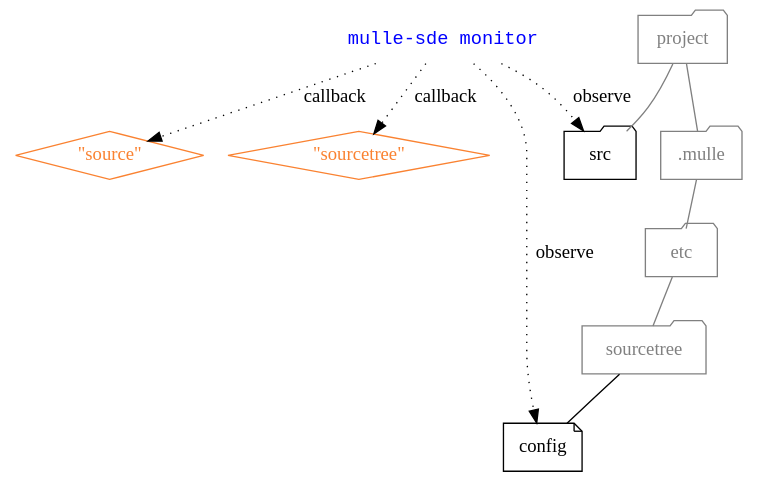
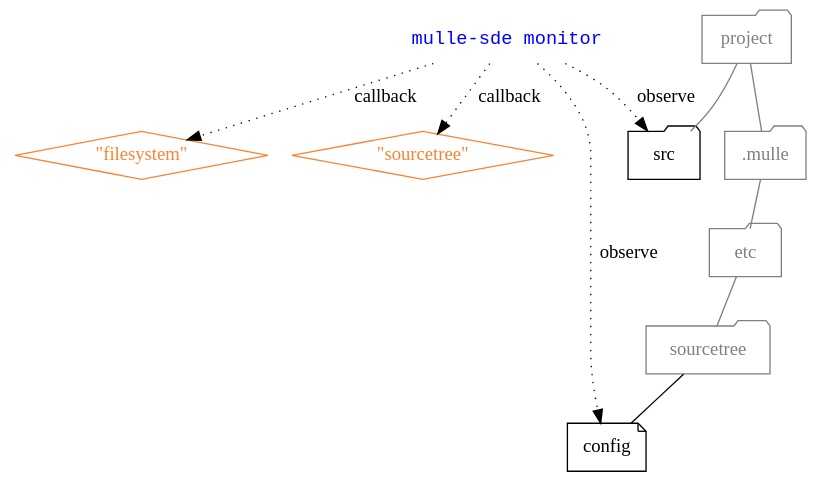
The diagram in dox/mulle-sde-monitor.dot (mulle-sde/mulle-sde), drawn with Graphviz before and after one commit. The commit also changed 27 other files, not shown here.

```diff
--- a/dox/mulle-sde-monitor.dot
+++ b/dox/mulle-sde-monitor.dot
@@ -1,31 +1,31 @@
 digraph G {
     graph [rankdir = TD];
 
     node[shape=record];
 
     { rank = same; "mulle-sde monitor" };
     { rank = same; "src", ".mulle" };
 
     "project"            [ shape="folder", color="gray", fontcolor="gray"]
     "src"                [ shape="folder"]
     ".mulle"             [ shape="folder", color="gray", fontcolor="gray"]
     "etc"                [ shape="folder", color="gray", fontcolor="gray"]
     "sourcetree f"       [ label="sourcetree", shape="folder", color="gray", fontcolor="gray"]
     "config"             [ shape="note"]
 
     "project"            -> "src"           [ arrowhead="none", color="gray", fontcolor="gray"]
     "project"            -> ".mulle"        [ arrowhead="none", color="gray", fontcolor="gray"]
     ".mulle"             -> "etc"           [ arrowhead="none", color="gray", fontcolor="gray"]
     "etc"                -> "sourcetree f"  [ arrowhead="none", color="gray", fontcolor="gray"]
-    "sourcetree f"  -> "config"             [ arrowhead="none" ]
+    "sourcetree f"       -> "config"        [ arrowhead="none" ]
 
-    "source"               [ shape="diamond", color="#fa8231", fontcolor="#fa8231", label="\"source\"" ]
+    "filesystem"           [ shape="diamond", color="#fa8231", fontcolor="#fa8231", label="\"filesystem\"" ]
     "sourcetree"           [ shape="diamond", color="#fa8231", fontcolor="#fa8231", label="\"sourcetree\"" ]
     "mulle-sde monitor"    [ shape="none", fontname="monospace", fontcolor="blue"]
 
-    "mulle-sde monitor"  -> "source"      [ style="dotted", label="callback" ]
+    "mulle-sde monitor"  -> "filesystem"  [ style="dotted", label="callback" ]
     "mulle-sde monitor"  -> "sourcetree"  [ style="dotted", label="callback" ]
 
     "mulle-sde monitor"  -> "src"    [ style="dotted", label="observe" ]
     "mulle-sde monitor"  -> "config" [ style="dotted", label="observe" ]
 }
```
